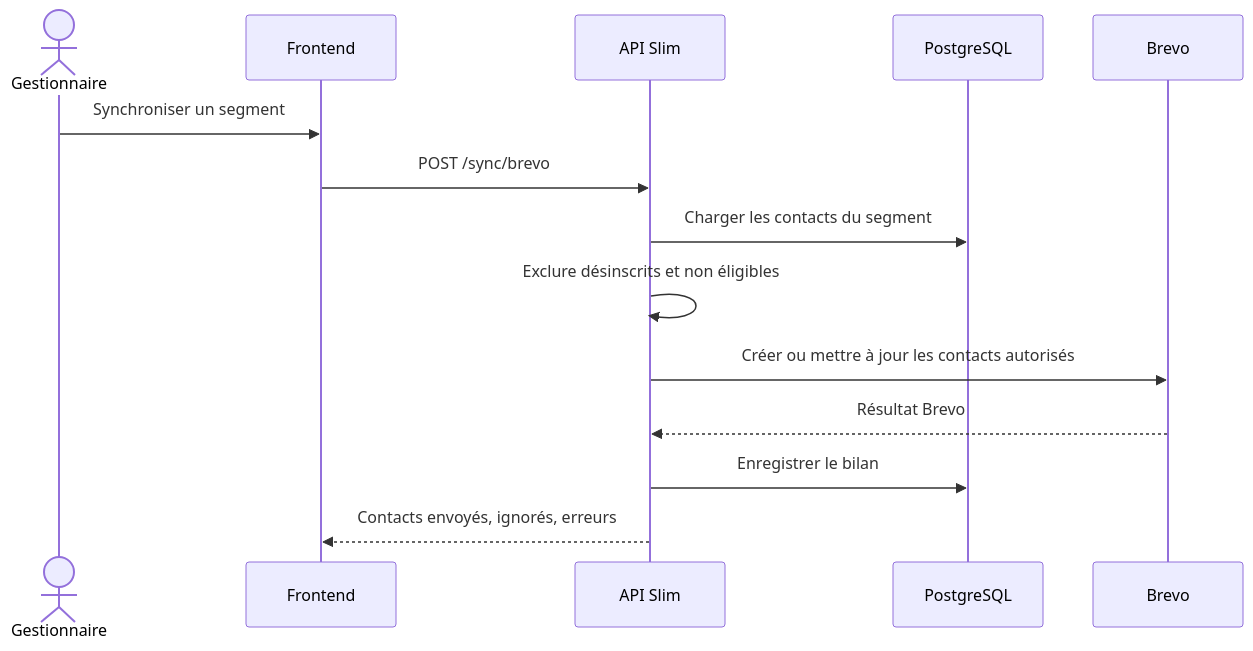
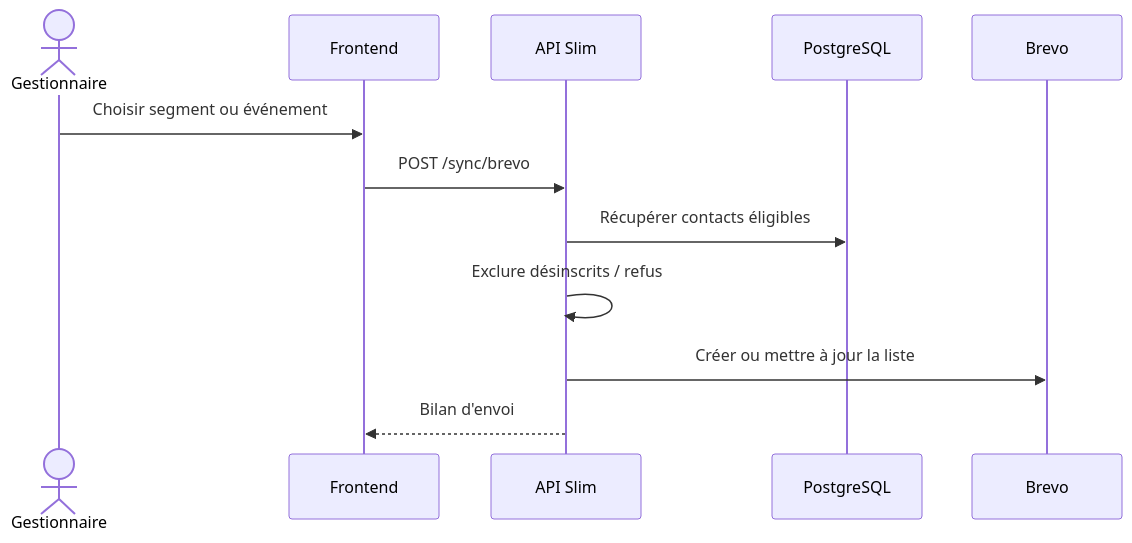
Before and after one commit to AstrowareConception/NiceVolleyBallDashboard: the fourth of 5 diagrams in 00-projet/diagrammes.md, drawn with Mermaid. The commit also changed other lines of this file and 47 other files, not shown here.

````diff
--- a/00-projet/diagrammes.md
+++ b/00-projet/diagrammes.md
@@ -61,17 +48,15 @@
 ```mermaid
 sequenceDiagram
     actor Gestionnaire
     participant Front as Frontend
     participant API as API Slim
     participant DB as PostgreSQL
     participant B as Brevo
 
-    Gestionnaire->>Front: Synchroniser un segment
+    Gestionnaire->>Front: Choisir segment ou événement
     Front->>API: POST /sync/brevo
-    API->>DB: Charger les contacts du segment
-    API->>API: Exclure désinscrits et non éligibles
-    API->>B: Créer ou mettre à jour les contacts autorisés
-    B-->>API: Résultat Brevo
-    API->>DB: Enregistrer le bilan
-    API-->>Front: Contacts envoyés, ignorés, erreurs
+    API->>DB: Récupérer contacts éligibles
+    API->>API: Exclure désinscrits / refus
+    API->>B: Créer ou mettre à jour la liste
+    API-->>Front: Bilan d'envoi
 ```
````
